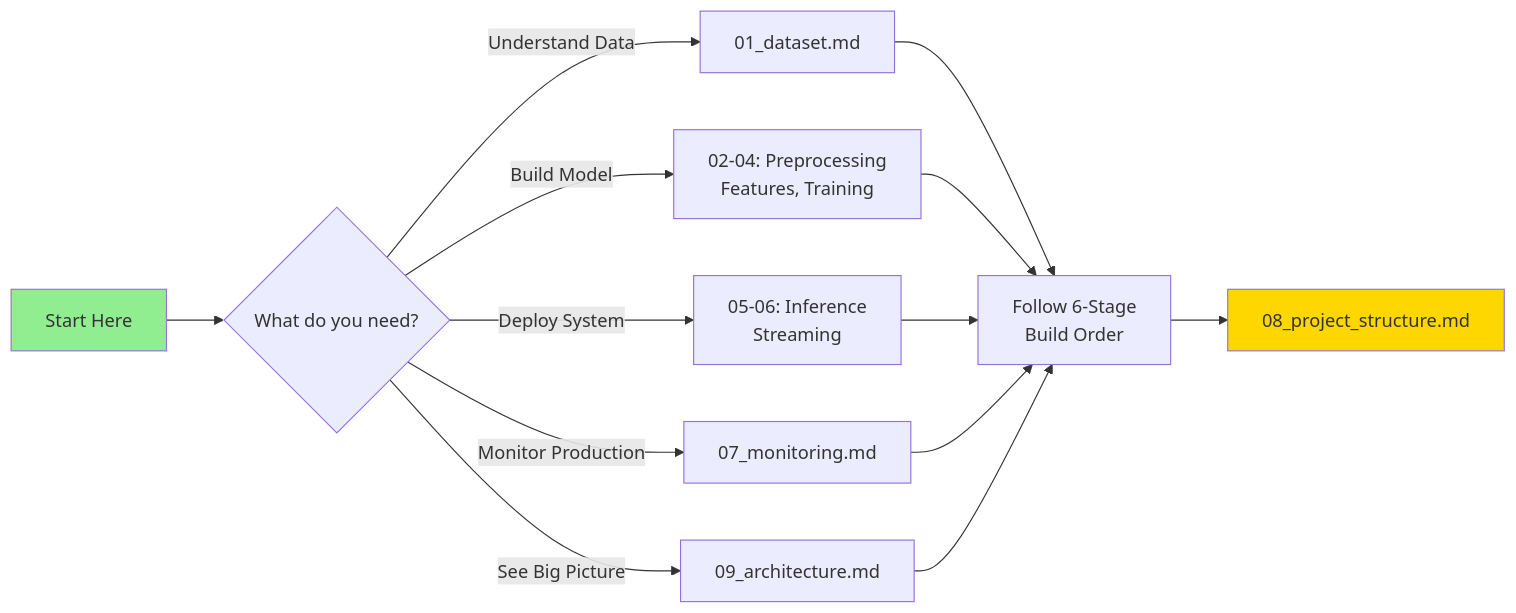
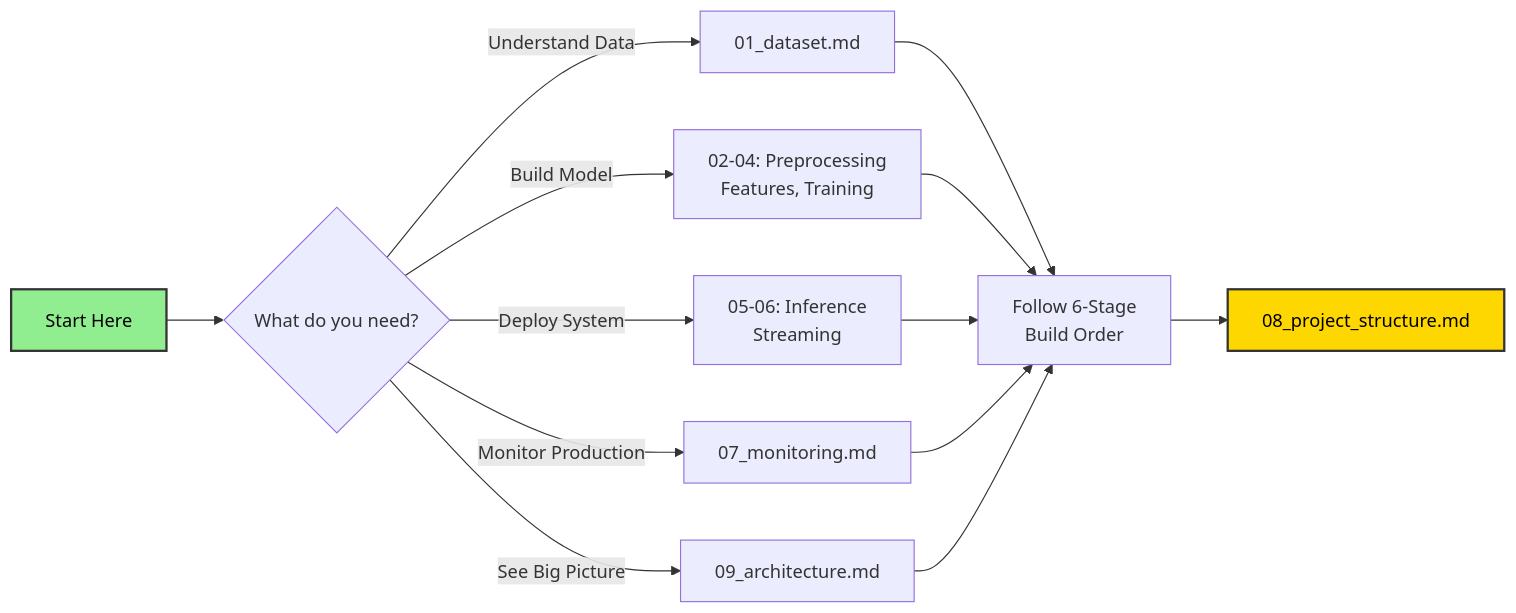
One commit to nasim-raj-laskar/Real-Time-Aircraft-Engine-Predictive-Maintenance-System changed the second of 2 diagrams in docs/00_index.md. Above: the diagram before and after it, drawn with Mermaid. The commit also changed 8 other files, not shown here.

````diff
--- a/docs/00_index.md
+++ b/docs/00_index.md
@@ -48,20 +48,20 @@
 ```mermaid
 flowchart LR
     A[Start Here] --> B{What do you need?}
     B -->|Understand Data| C[01_dataset.md]
     B -->|Build Model| D[02-04: Preprocessing<br/>Features, Training]
     B -->|Deploy System| E[05-06: Inference<br/>Streaming]
     B -->|Monitor Production| F[07_monitoring.md]
     B -->|See Big Picture| G[09_architecture.md]
     
     C --> H[Follow 6-Stage<br/>Build Order]
     D --> H
     E --> H
     F --> H
     G --> H
     
     H --> I[08_project_structure.md]
     
-    style A fill:#90EE90
-    style I fill:#FFD700
+    style A fill:#90EE90,stroke:#333,stroke-width:2px,color:#000
+    style I fill:#FFD700,stroke:#333,stroke-width:2px,color:#000
 ```
````
